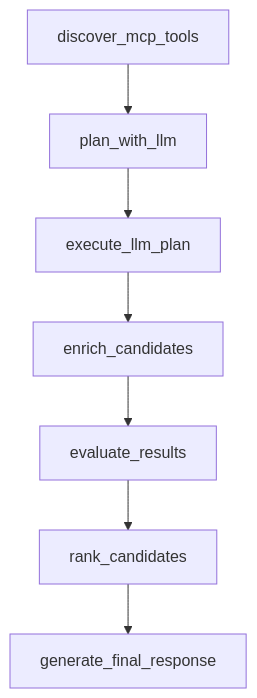
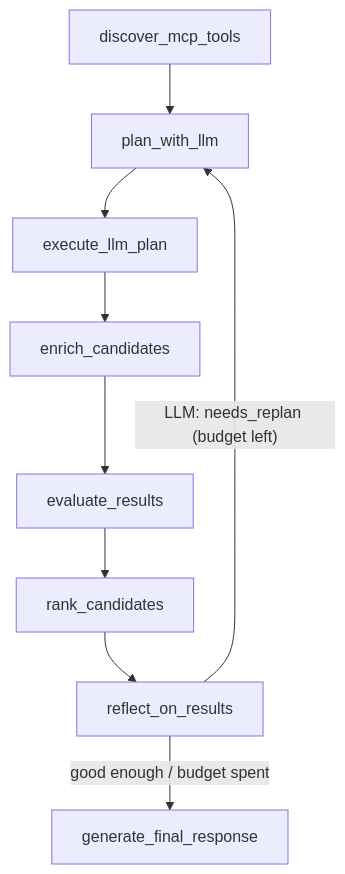
The first of 2 diagrams in apps/agent-api/docs/langgraph-agent-design.md (SIJO-TECHNOLOGY/agent0), drawn with Mermaid before and after one commit. The commit also changed other lines of this file and 45 other files, not shown here.

````diff
--- a/apps/agent-api/docs/langgraph-agent-design.md
+++ b/apps/agent-api/docs/langgraph-agent-design.md
@@ -23,9 +25,11 @@
 ```mermaid
 flowchart TD
     A["discover_mcp_tools"] --> B["plan_with_llm"]
     B --> C["execute_llm_plan"]
     C --> D["enrich_candidates"]
     D --> E["evaluate_results"]
     E --> F["rank_candidates"]
-    F --> G["generate_final_response"]
+    F --> G["reflect_on_results"]
+    G -->|"LLM: needs_replan (budget left)"| B
+    G -->|"good enough / budget spent"| H["generate_final_response"]
 ```
````
